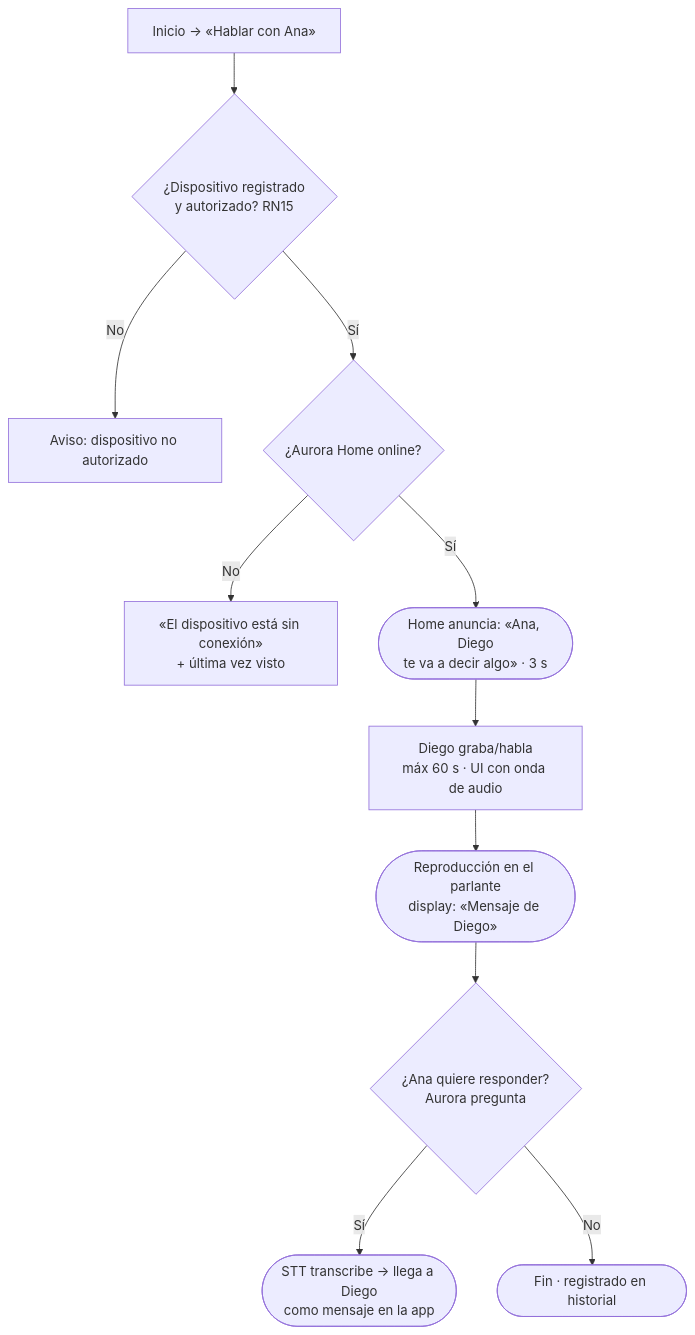
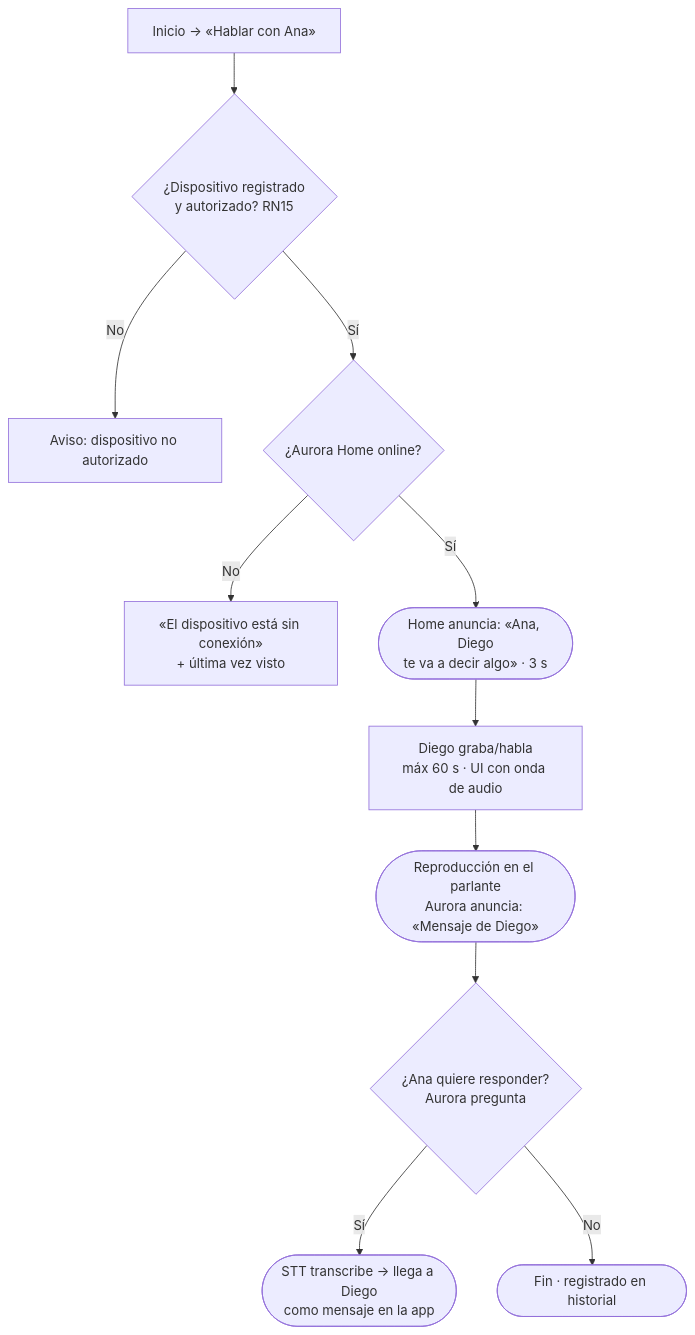
One commit to NicolasRodeyro/ObsidianAurora changed the sixth of 9 diagrams in Document Hub/Diseño UX-UI/User Flows.md. Above: the diagram before and after it, drawn with Mermaid. The commit also changed other lines of this file and 2 other files, not shown here.

First line of the commit message:
Remove Aurora Home display from MVP design docs

````diff
--- a/Document Hub/Diseño UX-UI/User Flows.md
+++ b/Document Hub/Diseño UX-UI/User Flows.md
@@ -105,13 +107,13 @@
 ```mermaid
 flowchart TD
     A[Inicio → «Hablar con Ana»] --> B{¿Dispositivo registrado<br/>y autorizado? RN15}
     B -- No --> X[Aviso: dispositivo no autorizado]
     B -- Sí --> C{¿Aurora Home online?}
     C -- No --> Y[«El dispositivo está sin conexión»<br/>+ última vez visto]
     C -- Sí --> D([Home anuncia: «Ana, Diego<br/>te va a decir algo» · 3 s])
     D --> E[Diego graba/habla<br/>máx 60 s · UI con onda de audio]
-    E --> F([Reproducción en el parlante<br/>display: «Mensaje de Diego»])
+    E --> F([Reproducción en el parlante<br/>Aurora anuncia: «Mensaje de Diego»])
     F --> G{¿Ana quiere responder?<br/>Aurora pregunta}
     G -- Sí --> H([STT transcribe → llega a Diego<br/>como mensaje en la app])
     G -- No --> I([Fin · registrado en historial])
 ```
````
